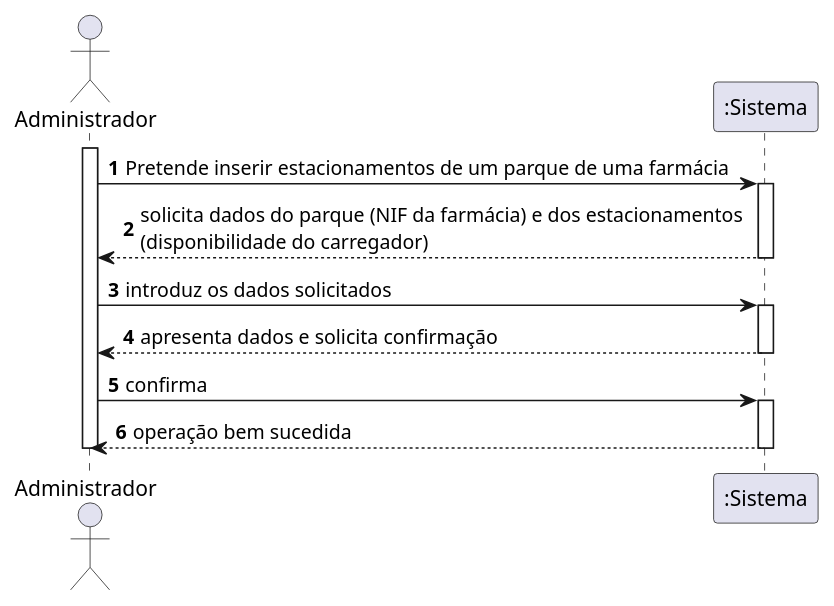
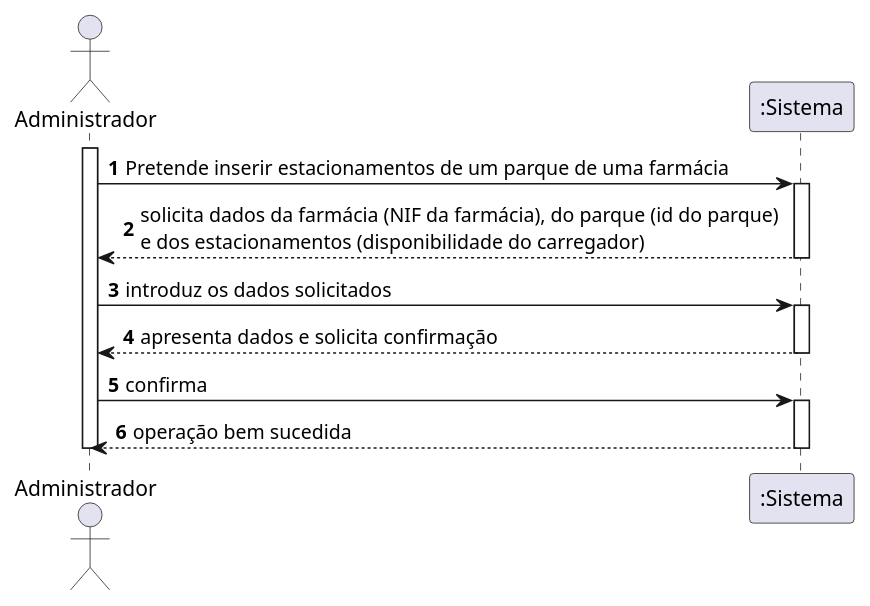
Before and after one commit to pedrolemos4/LAPR3: the diagram in docs/UC83/SSD-INSERIR ESTACIONAMENTO.puml, drawn with PlantUML. The commit also changed 7 other files, not shown here.

```diff
--- a/docs/UC83/SSD-INSERIR ESTACIONAMENTO.puml
+++ b/docs/UC83/SSD-INSERIR ESTACIONAMENTO.puml
@@ -1,24 +1,24 @@
 @startuml
 autonumber
 actor "Administrador" as ADM
 
 activate ADM
 ADM -> ":Sistema" : Pretende inserir estacionamentos de um parque de uma farmácia
 activate ":Sistema"
 
-":Sistema" --> ADM : solicita dados do parque (NIF da farmácia) e dos estacionamentos \n(disponibilidade do carregador)
+":Sistema" --> ADM : solicita dados da farmácia (NIF da farmácia), do parque (id do parque) \ne dos estacionamentos (disponibilidade do carregador)
 deactivate ":Sistema"
 
 ADM -> ":Sistema" : introduz os dados solicitados
 activate ":Sistema"
 
 ":Sistema" --> ADM : apresenta dados e solicita confirmação
 deactivate ":Sistema"
 
 ADM -> ":Sistema" : confirma
 activate ":Sistema"
 ":Sistema" --> ADM : operação bem sucedida
 deactivate ":Sistema"
 
 deactivate ADM
 @enduml
```
